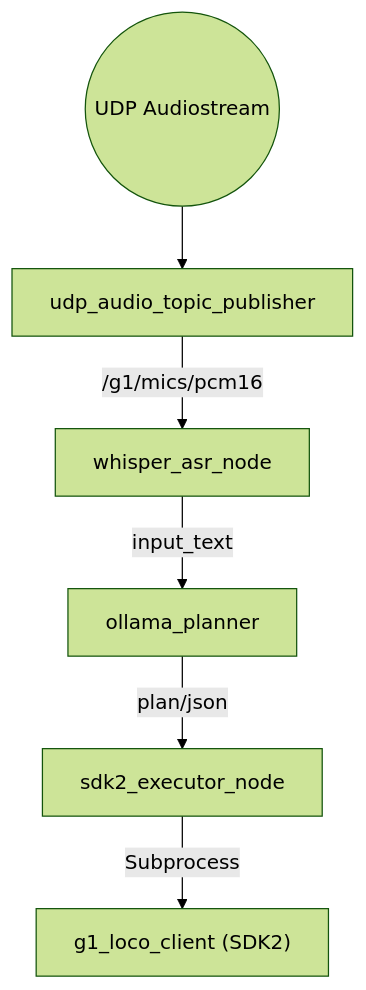
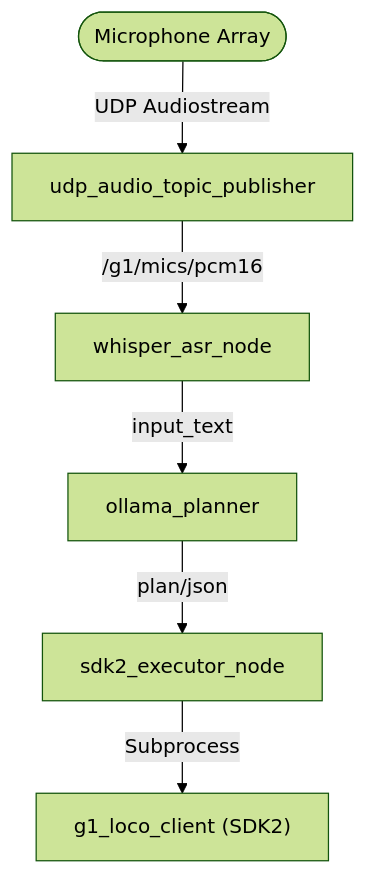
The diagram in README.md (Bigfire3/CallBoy), drawn with Mermaid (forest theme) before and after one commit.

Commit message:
Update FlowChart with sart

````diff
--- a/README.md
+++ b/README.md
@@ -9,8 +9,8 @@
 ```mermaid
 flowchart TD
-    MIC(("UDP Audiostream")) --> UDP["udp_audio_topic_publisher"]
+    START(["Microphone Array"]) -->|"UDP Audiostream"| UDP["udp_audio_topic_publisher"]
     UDP -->|"/g1/mics/pcm16"| ASR["whisper_asr_node"]
     ASR -->|"input_text"| PLAN["ollama_planner"]
     PLAN -->|"plan/json"| EXEC["sdk2_executor_node"]
     EXEC -->|Subprocess| SDK["g1_loco_client (SDK2)"]
 ```
````
